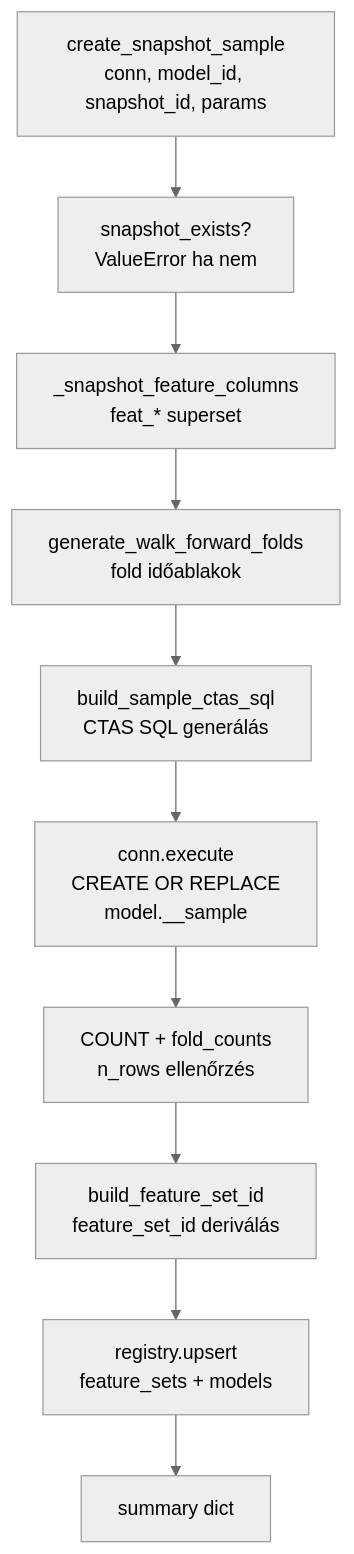
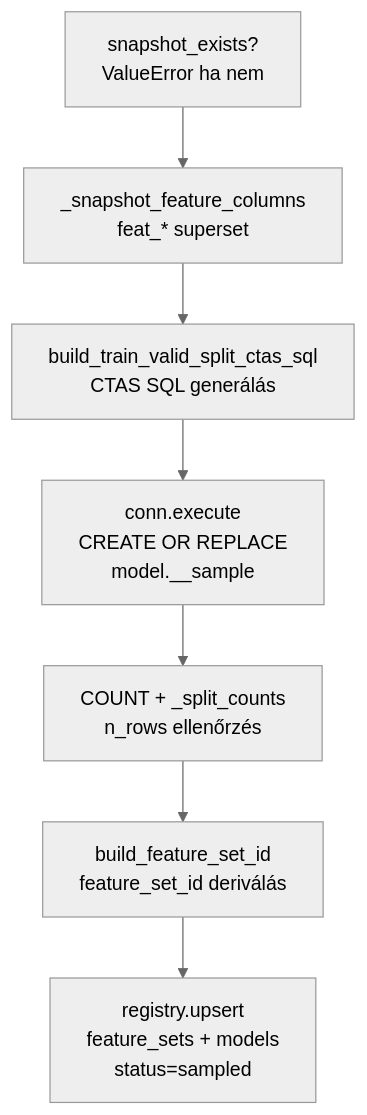
One commit to Nemesis14/chronoquant changed the third of 4 diagrams in _doc_/database_and_code_doc/5300_create_sample.md. Above: the diagram before and after it, drawn with Mermaid (neutral theme). The commit also changed other lines of this file and 1415 other files, not shown here.

````diff
--- a/_doc_/database_and_code_doc/5300_create_sample.md
+++ b/_doc_/database_and_code_doc/5300_create_sample.md
@@ -69,12 +101,12 @@
 ```mermaid
 flowchart TD
-  CSS[create_snapshot_sample\nconn, model_id, snapshot_id, params] --> CHK[snapshot_exists?\nValueError ha nem]
-  CHK --> COLS[_snapshot_feature_columns\nfeat_* superset]
-  COLS --> FOLDS[generate_walk_forward_folds\nfold időablakok]
-  FOLDS --> SQL[build_sample_ctas_sql\nCTAS SQL generálás]
-  SQL --> EXEC[conn.execute\nCREATE OR REPLACE\nmodel.__sample]
-  EXEC --> CNT[COUNT + fold_counts\nn_rows ellenőrzés]
-  CNT --> FSID[build_feature_set_id\nfeature_set_id deriválás]
-  FSID --> REG[registry.upsert\nfeature_sets + models]
-  REG --> RET[summary dict]
+  CHK[snapshot_exists?\nValueError ha nem]
+  COLS[_snapshot_feature_columns\nfeat_* superset]
+  SQL[build_train_valid_split_ctas_sql\nCTAS SQL generálás]
+  EXEC["conn.execute\nCREATE OR REPLACE\nmodel.__sample"]
+  CNT[COUNT + _split_counts\nn_rows ellenőrzés]
+  FSID[build_feature_set_id\nfeature_set_id deriválás]
+  REG[registry.upsert\nfeature_sets + models\nstatus=sampled]
+
+  CHK --> COLS --> SQL --> EXEC --> CNT --> FSID --> REG
 ```
````
